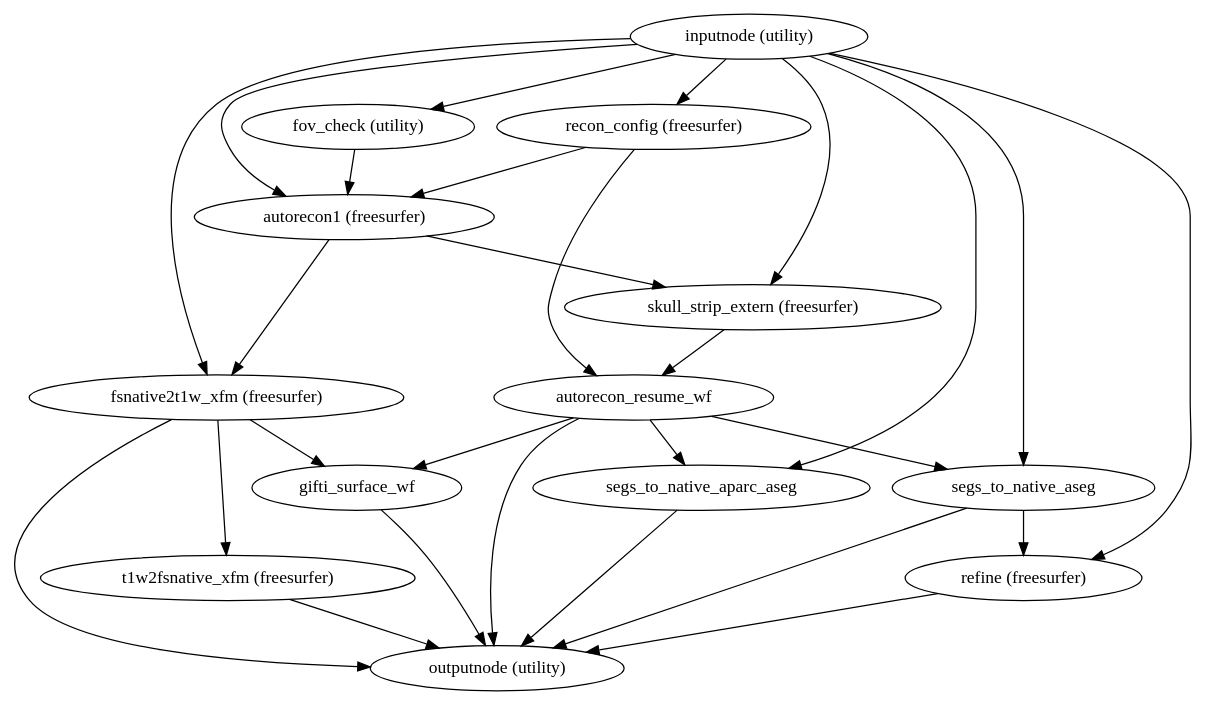
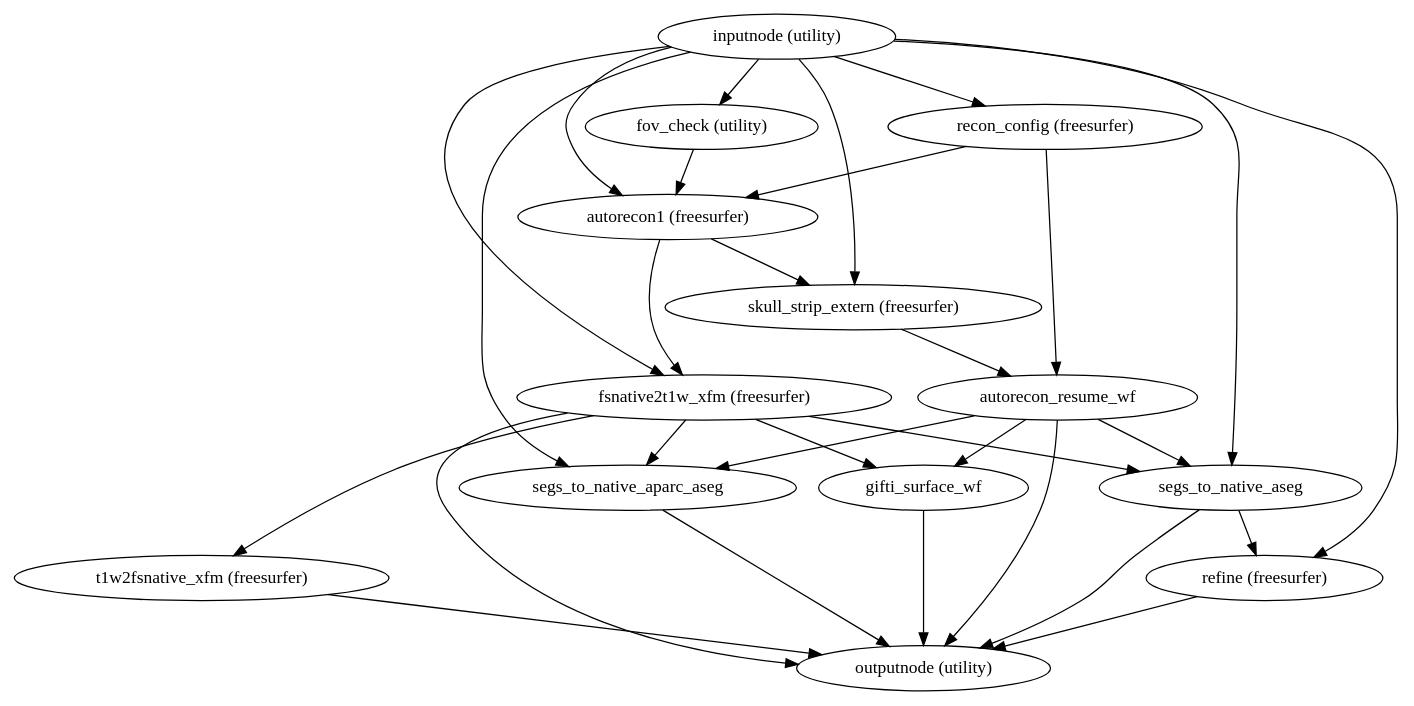
The diagram in 0.6.0rc4/wf_directive/api/surface_recon_wf/smriprep-workflows-surfaces-4.dot (nuKs/smriprep), drawn with Graphviz before and after one commit. The commit also changed 2798 other files, not shown here.

```diff
--- a/0.6.0rc4/wf_directive/api/surface_recon_wf/smriprep-workflows-surfaces-4.dot
+++ b/0.6.0rc4/wf_directive/api/surface_recon_wf/smriprep-workflows-surfaces-4.dot
@@ -1,42 +1,44 @@
 strict digraph  {
 "inputnode (utility)";
 "recon_config (freesurfer)";
 "autorecon1 (freesurfer)";
 "fov_check (utility)";
 "skull_strip_extern (freesurfer)";
 "fsnative2t1w_xfm (freesurfer)";
 "refine (freesurfer)";
 segs_to_native_aseg;
 segs_to_native_aparc_aseg;
 autorecon_resume_wf;
 gifti_surface_wf;
 "outputnode (utility)";
 "t1w2fsnative_xfm (freesurfer)";
 "inputnode (utility)" -> "recon_config (freesurfer)";
 "inputnode (utility)" -> "autorecon1 (freesurfer)";
 "inputnode (utility)" -> "fov_check (utility)";
 "inputnode (utility)" -> "skull_strip_extern (freesurfer)";
 "inputnode (utility)" -> "fsnative2t1w_xfm (freesurfer)";
 "inputnode (utility)" -> "refine (freesurfer)";
 "inputnode (utility)" -> segs_to_native_aseg;
 "inputnode (utility)" -> segs_to_native_aparc_aseg;
 "recon_config (freesurfer)" -> "autorecon1 (freesurfer)";
 "recon_config (freesurfer)" -> autorecon_resume_wf;
 "autorecon1 (freesurfer)" -> "skull_strip_extern (freesurfer)";
 "autorecon1 (freesurfer)" -> "fsnative2t1w_xfm (freesurfer)";
 "fov_check (utility)" -> "autorecon1 (freesurfer)";
 "skull_strip_extern (freesurfer)" -> autorecon_resume_wf;
 "fsnative2t1w_xfm (freesurfer)" -> gifti_surface_wf;
 "fsnative2t1w_xfm (freesurfer)" -> "t1w2fsnative_xfm (freesurfer)";
+"fsnative2t1w_xfm (freesurfer)" -> segs_to_native_aseg;
+"fsnative2t1w_xfm (freesurfer)" -> segs_to_native_aparc_aseg;
 "fsnative2t1w_xfm (freesurfer)" -> "outputnode (utility)";
 "refine (freesurfer)" -> "outputnode (utility)";
 segs_to_native_aseg -> "refine (freesurfer)";
 segs_to_native_aseg -> "outputnode (utility)";
 segs_to_native_aparc_aseg -> "outputnode (utility)";
 autorecon_resume_wf -> gifti_surface_wf;
 autorecon_resume_wf -> segs_to_native_aseg;
 autorecon_resume_wf -> segs_to_native_aparc_aseg;
 autorecon_resume_wf -> "outputnode (utility)";
 gifti_surface_wf -> "outputnode (utility)";
 "t1w2fsnative_xfm (freesurfer)" -> "outputnode (utility)";
 }
```
